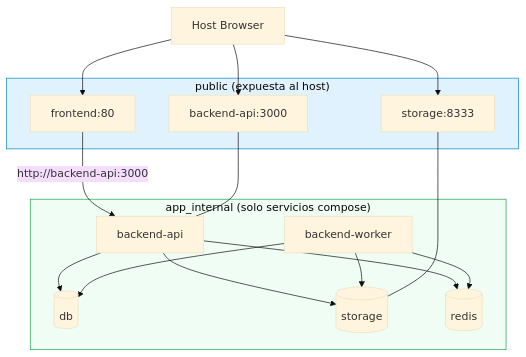
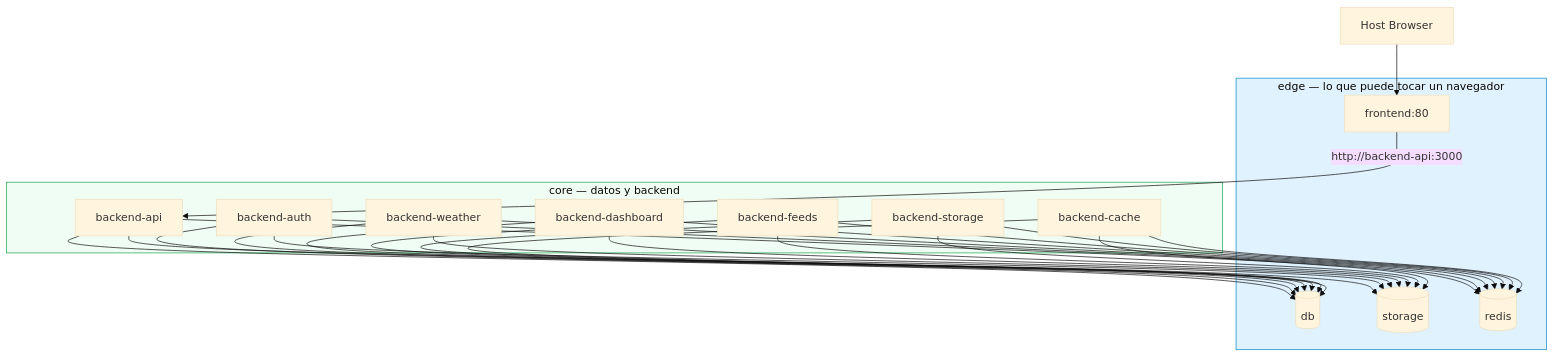
The third of 3 diagrams in ARCHITECTURE-COMPOSE.md (BastianGomezVidal/riskio), drawn with Mermaid (base theme) before and after one commit. The commit also changed other lines of this file and 10 other files, not shown here.

````diff
--- a/ARCHITECTURE-COMPOSE.md
+++ b/ARCHITECTURE-COMPOSE.md
@@ -123,28 +224,29 @@
 ```mermaid
 graph TB
-  subgraph PublicNet["public (expuesta al host)"]
+  subgraph Edge["edge — lo que puede tocar un navegador"]
     FE["frontend:80"]
-    APIP["backend-api:3000"]
-    S3P["storage:8333"]
-  end
-
-  subgraph AppNet["app_internal (solo servicios compose)"]
-    API["backend-api"]
-    WK["backend-worker"]
     DB[("db")]
     S3[("storage")]
     R[("redis")]
   end
 
-  Browser["Host Browser"] --> FE & APIP & S3P
+  subgraph Core["core — datos y backend"]
+    API["backend-api"]
+    AU["backend-auth"]
+    WE["backend-weather"]
+    DA["backend-dashboard"]
+    FD["backend-feeds"]
+    ST["backend-storage"]
+    CA["backend-cache"]
+  end
+
+  Browser["Host Browser"] --> FE
   FE -->|"http://backend-api:3000"| API
   API --> DB & S3 & R
-  WK --> DB & S3 & R
-  APIP --- API
-  S3P --- S3
+  AU & WE & DA & FD & ST & CA --> DB & S3 & R
 
   classDef pub fill:#e0f2fe,stroke:#0284c7
   classDef int fill:#f0fdf4,stroke:#16a34a
-  class PublicNet pub
-  class AppNet int
+  class Edge pub
+  class Core int
 ```
````
